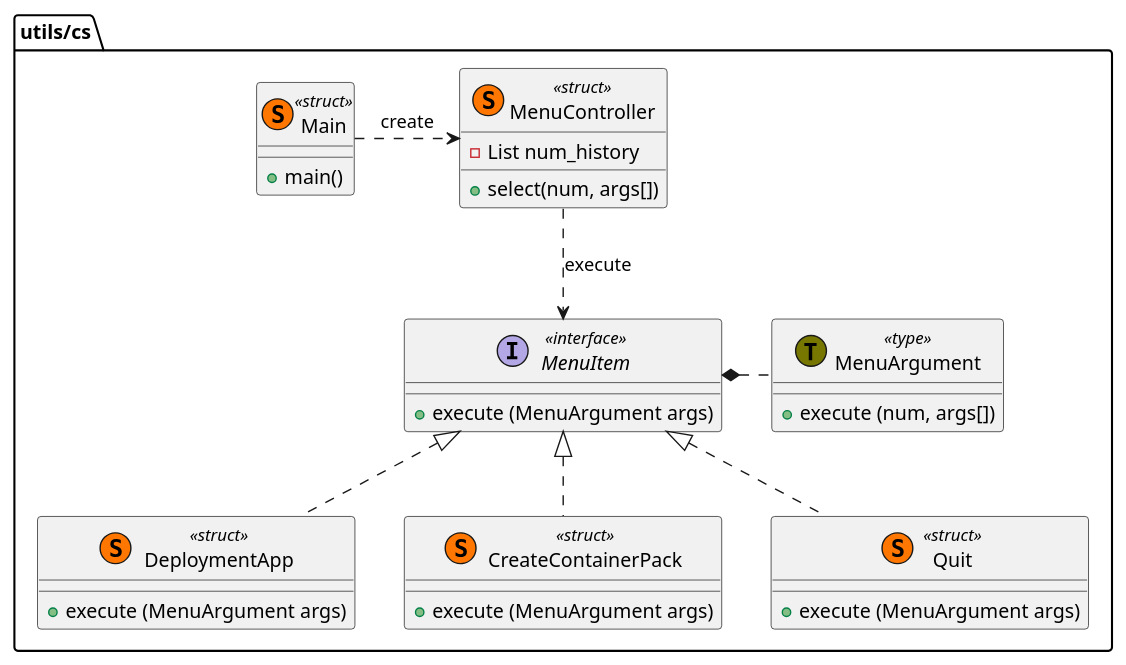
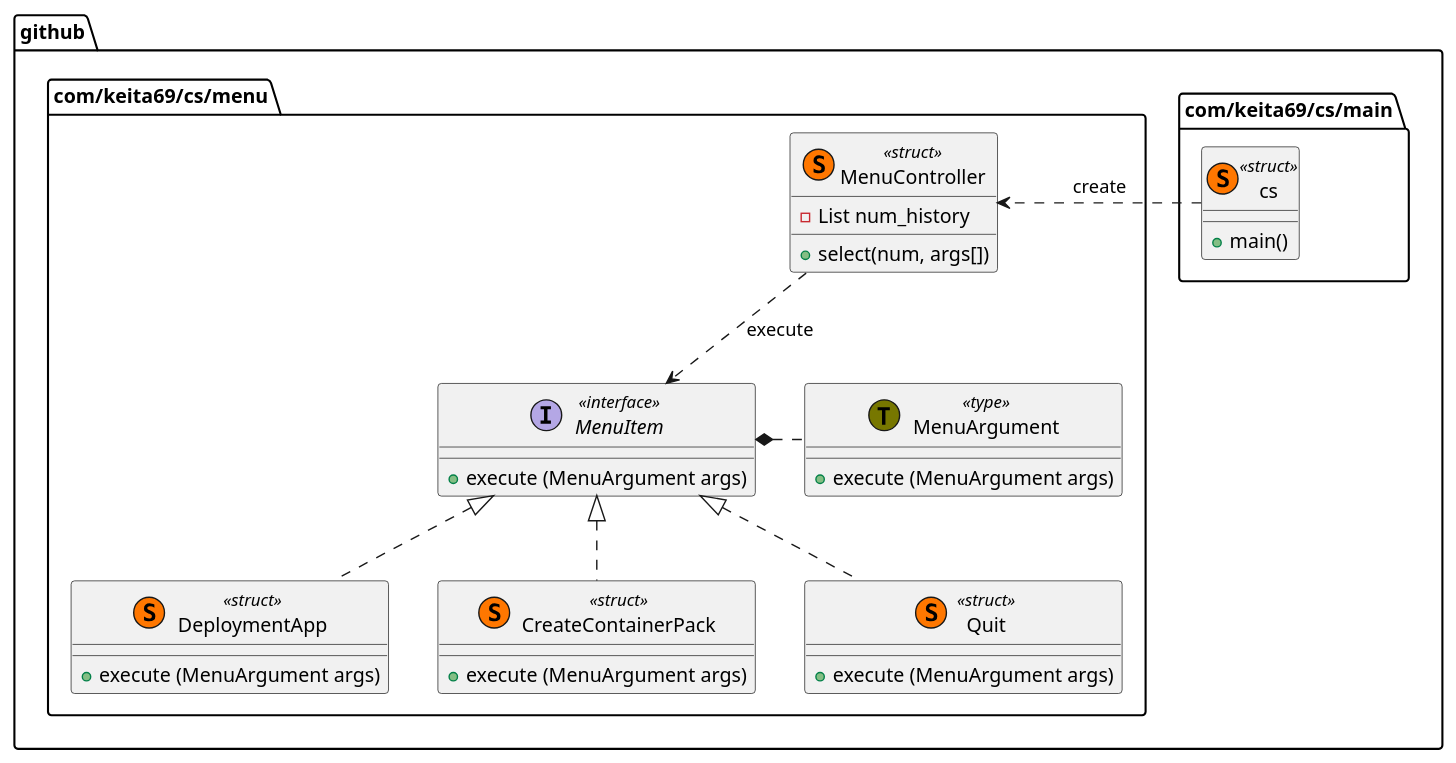
One commit to keita69/learning-golang changed the diagram in class-design.puml. Above: the diagram before and after it, drawn with PlantUML. The commit also changed 2 other files, not shown here.

Commit message:
cls menu create

```diff
--- a/class-design.puml
+++ b/class-design.puml
@@ -1,40 +1,41 @@
 @startuml
-package utils/cs {
-    class Main << (S,#FF7700) struct >> {
+package github.com/keita69/cs/main {
+    class cs << (S,#FF7700) struct >> {
         + main()
     }
-
+}
+package github.com/keita69/cs/menu {
     class MenuController << (S,#FF7700) struct >> {
         - List num_history
         + select(num, args[])
     }
 
     class MenuArgument << (T,#777700) type >> {
-        + execute (num, args[])
+        + execute (MenuArgument args)
     }
 
     interface MenuItem << interface >> {
         + execute (MenuArgument args)
     }
 
     class DeploymentApp << (S,#FF7700) struct >> {
         + execute (MenuArgument args)
     }
 
     class CreateContainerPack << (S,#FF7700) struct >> {
         + execute (MenuArgument args)
     }
 
     class Quit << (S,#FF7700) struct >> {
         + execute (MenuArgument args)
     }
+}
 
-    Main .> MenuController : create
+    cs .> MenuController : create
     MenuController ..> MenuItem : execute
     MenuItem *. MenuArgument
     MenuItem <|.. DeploymentApp
     MenuItem <|.. CreateContainerPack
     MenuItem <|.. Quit
 
-}
 @enduml
```
